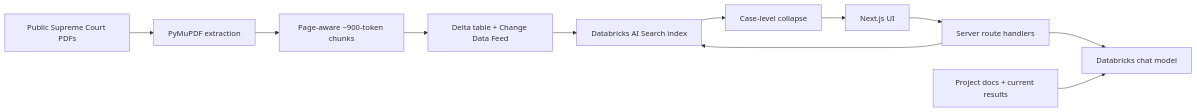
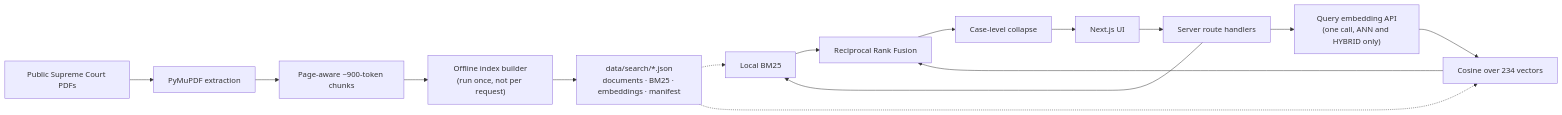
Before and after one commit to yongjinjiang/legal_search: the diagram in README.md, drawn with Mermaid. The commit also changed other lines of this file and 5 other files, not shown here.

````diff
--- a/README.md
+++ b/README.md
@@ -11,13 +17,17 @@
 ```mermaid
 flowchart LR
   A["Public Supreme Court PDFs"] --> B["PyMuPDF extraction"]
   B --> C["Page-aware ~900-token chunks"]
-  C --> D["Delta table + Change Data Feed"]
-  D --> E["Databricks AI Search index"]
+  C --> O["Offline index builder<br/>(run once, not per request)"]
+  O --> D["data/search/*.json<br/>documents · BM25 · embeddings · manifest"]
   U["Next.js UI"] --> S["Server route handlers"]
-  S --> E
-  E --> R["Case-level collapse"]
-  R --> U
-  S --> M["Databricks chat model"]
-  X["Project docs + current results"] --> M
+  S --> L["Local BM25"]
+  S --> E["Query embedding API<br/>(one call, ANN and HYBRID only)"]
+  E --> V["Cosine over 234 vectors"]
+  L --> R["Reciprocal Rank Fusion"]
+  V --> R
+  R --> K["Case-level collapse"]
+  K --> U
+  D -.-> L
+  D -.-> V
 ```
````
